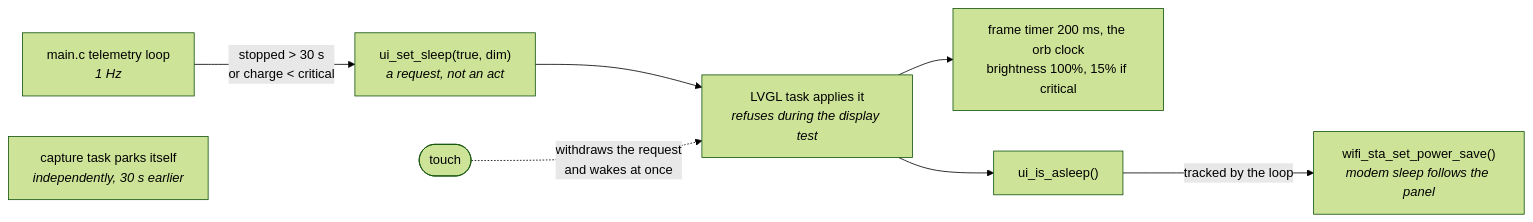
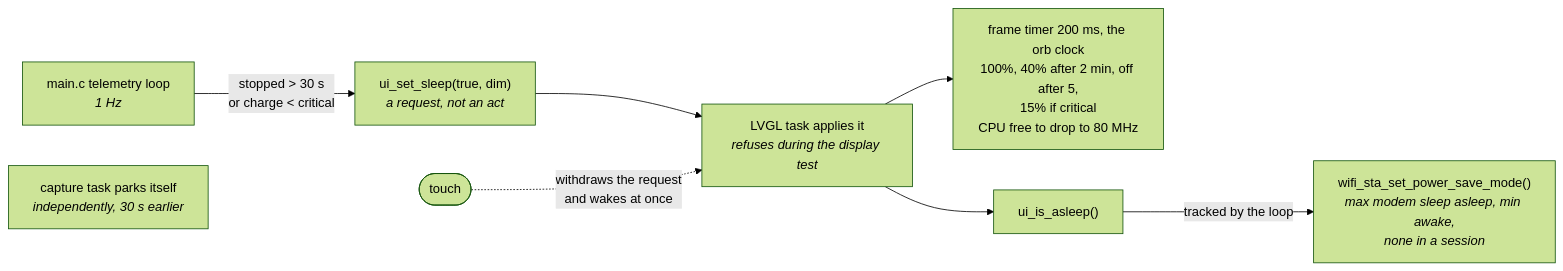
The fourth of 9 diagrams in docs/architecture.md (dg-edcharbeneau/esp32-deepgram-voice-agent), drawn with Mermaid (forest theme) before and after one commit. The commit also changed other lines of this file and 17 other files, not shown here.

First line of the commit message:
Power by design: CPU scaling, radio and amp policy, dimming and screen-off

````diff
--- a/docs/architecture.md
+++ b/docs/architecture.md
@@ -284,10 +284,10 @@
 ```mermaid
 flowchart LR
     tlm["main.c telemetry loop<br/><i>1 Hz</i>"] -->|"stopped > 30 s<br/>or charge < critical"| want["ui_set_sleep(true, dim)<br/><i>a request, not an act</i>"]
     want --> lvgl["LVGL task applies it<br/><i>refuses during the display test</i>"]
-    lvgl --> panel["frame timer 200 ms, the orb clock<br/>brightness 100%, 15% if critical"]
+    lvgl --> panel["frame timer 200 ms, the orb clock<br/>100%, 40% after 2 min, off after 5,<br/>15% if critical<br/>CPU free to drop to 80 MHz"]
     touch(["touch"]) -.->|"withdraws the request<br/>and wakes at once"| lvgl
     lvgl --> truth["ui_is_asleep()"]
-    truth -->|"tracked by the loop"| radio["wifi_sta_set_power_save()<br/><i>modem sleep follows the panel</i>"]
+    truth -->|"tracked by the loop"| radio["wifi_sta_set_power_save_mode()<br/><i>max modem sleep asleep, min awake,<br/>none in a session</i>"]
     mic["capture task parks itself<br/><i>independently, 30 s earlier</i>"]
 ```
````
